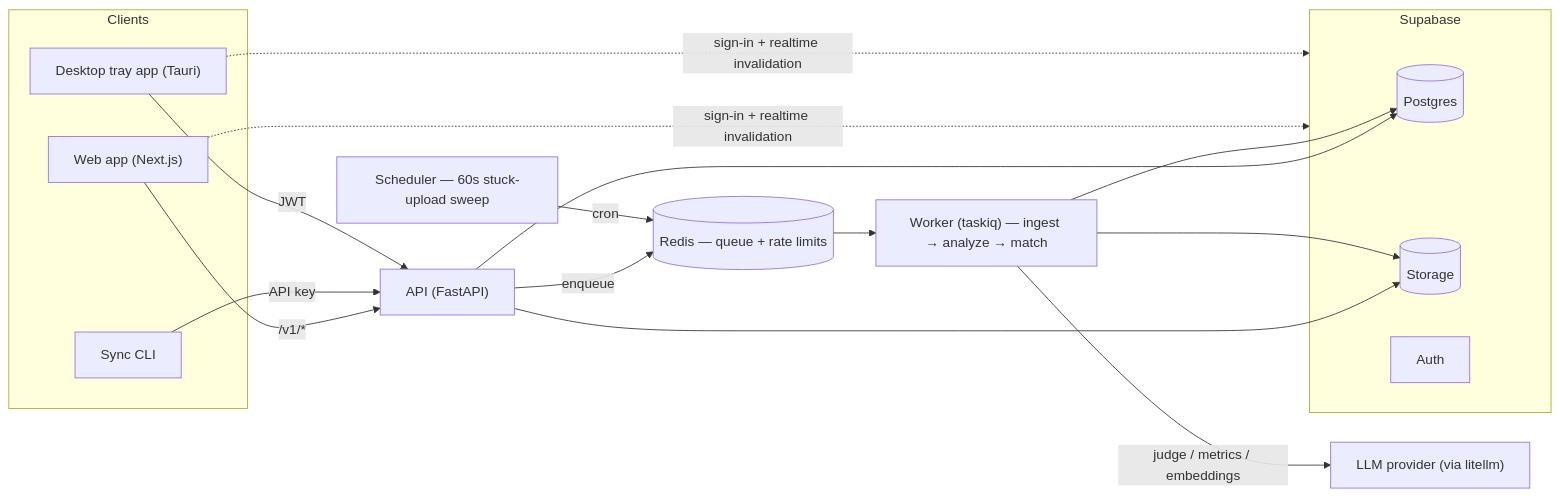
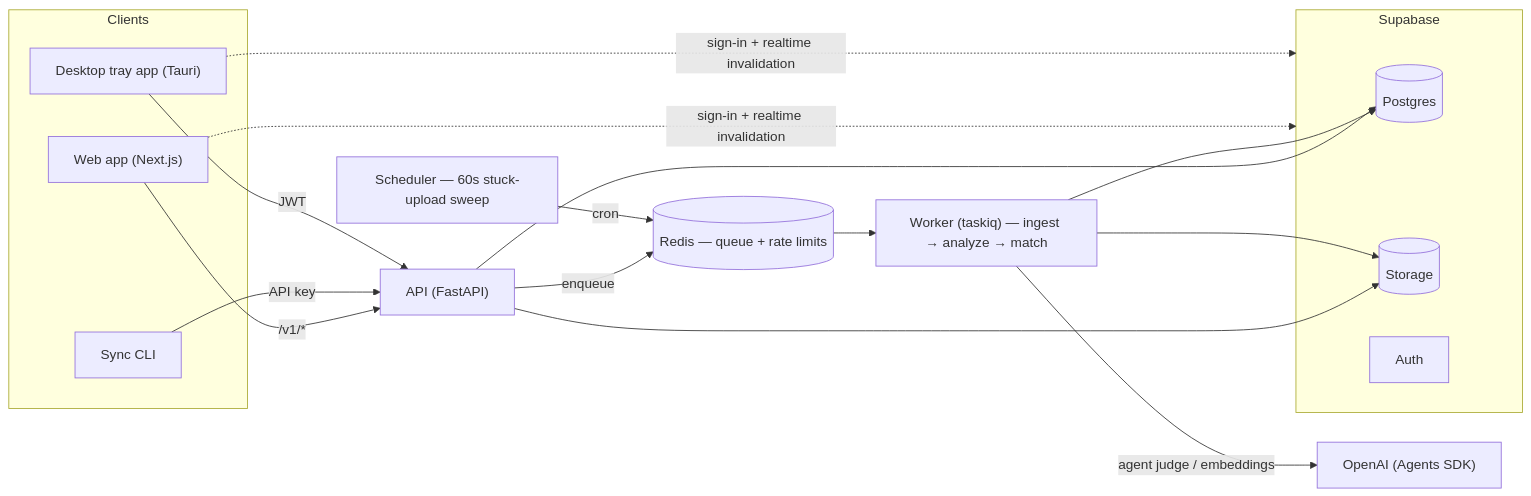
One commit to joel-ritossa/trace-marketplace changed the diagram in report/02_architecture.md. Above: the diagram before and after it, drawn with Mermaid. The commit also changed other lines of this file and 33 other files, not shown here.

First line of the commit message:
Document the agent judge

````diff
--- a/report/02_architecture.md
+++ b/report/02_architecture.md
@@ -7,35 +7,35 @@
 ```mermaid
 flowchart LR
   subgraph clients["Clients"]
     web["Web app (Next.js)"]
     cli["Sync CLI"]
     desktop["Desktop tray app (Tauri)"]
   end
 
   api["API (FastAPI)"]
   redis[("Redis — queue + rate limits")]
   worker["Worker (taskiq) — ingest → analyze → match"]
   sched["Scheduler — 60s stuck-upload sweep"]
 
   subgraph supabase["Supabase"]
     pg[("Postgres")]
     store[("Storage")]
     auth["Auth"]
   end
 
-  llm["LLM provider (via litellm)"]
+  llm["OpenAI (Agents SDK)"]
 
   web -->|"/v1/*"| api
   cli -->|"API key"| api
   desktop -->|"JWT"| api
   web -.->|"sign-in + realtime invalidation"| supabase
   desktop -.->|"sign-in + realtime invalidation"| supabase
   api --> pg
   api --> store
   api -->|"enqueue"| redis
   redis --> worker
   sched -->|"cron"| redis
   worker --> pg
   worker --> store
-  worker -->|"judge / metrics / embeddings"| llm
+  worker -->|"agent judge / embeddings"| llm
 ```
````
